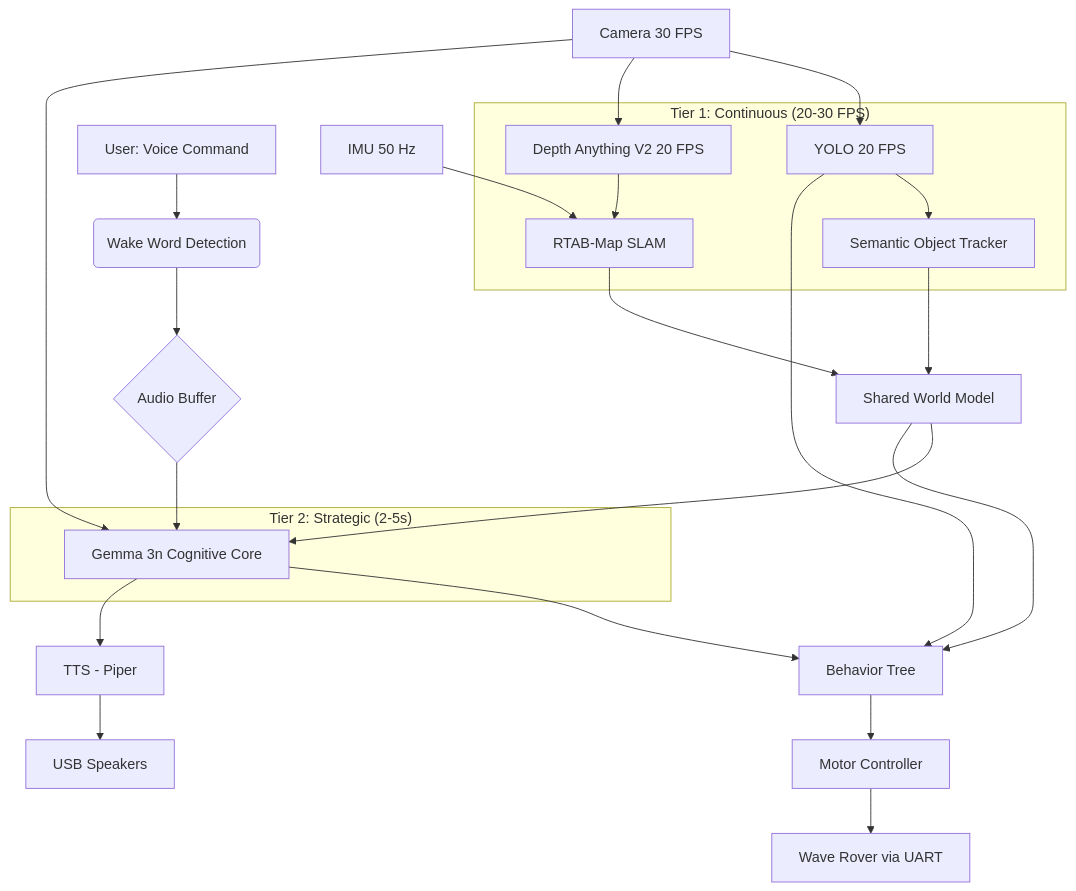
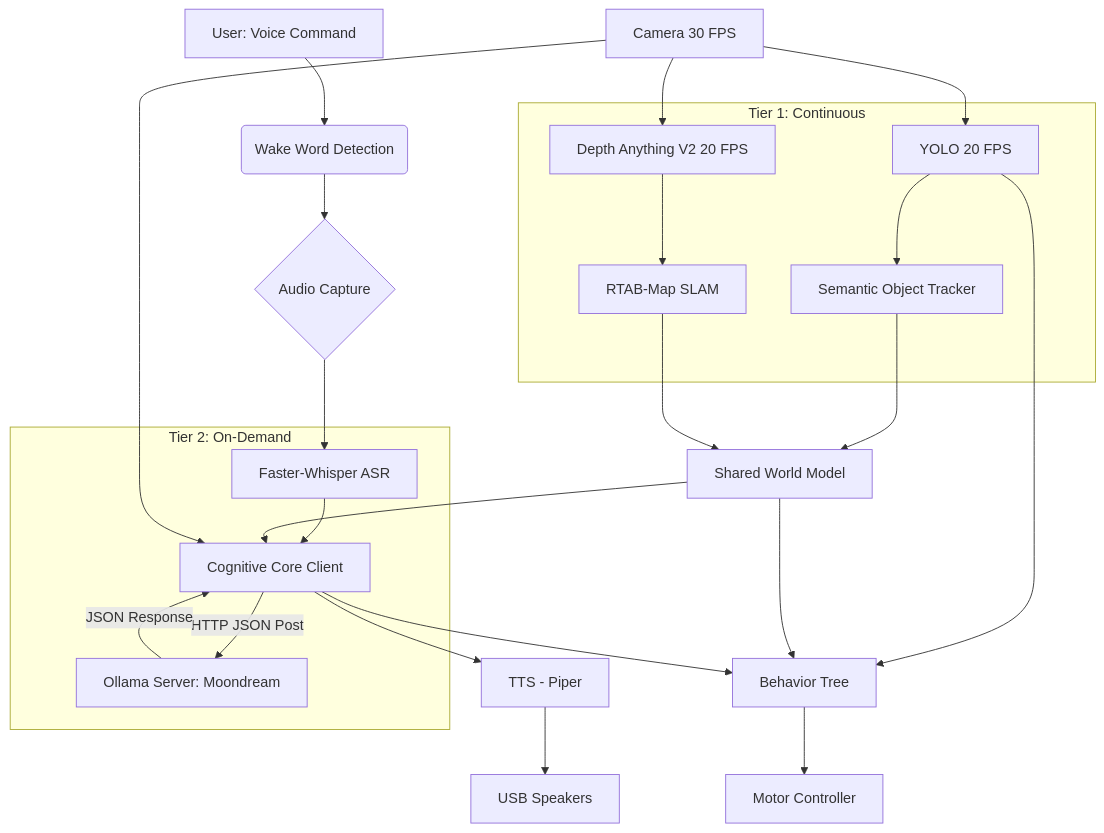
The diagram in docs/architecture.md (ImanolGo/local-ai-robot-assistant), drawn with Mermaid before and after one commit. The commit also changed other lines of this file and 3 other files, not shown here.

````diff
--- a/docs/architecture.md
+++ b/docs/architecture.md
@@ -50,39 +45,43 @@
 ```mermaid
 graph TD
     A[User: Voice Command] --> B(Wake Word Detection)
-    B --> C{Audio Buffer}
-    C --> D[Gemma 3n Cognitive Core]
+    B --> C{Audio Capture}
+    C --> D[Faster-Whisper ASR]
 
     E[Camera 30 FPS] --> F[YOLO 20 FPS]
     E --> G[Depth Anything V2 20 FPS]
     F --> H[Semantic Object Tracker]
     G --> I[RTAB-Map SLAM]
-    J[IMU 50 Hz] --> I
 
     H --> K[Shared World Model]
     I --> K
 
-    K --> D
-    E --> D
+    D --> J[Cognitive Core Client]
+    K --> J
+    E --> J
 
-    D --> L[Behavior Tree]
+    J -- HTTP JSON Post --> O[Ollama Server: Moondream]
+    O -- JSON Response --> J
+
+    J --> L[Behavior Tree]
     F --> L
     K --> L
 
     L --> M[Motor Controller]
-    M --> N[Wave Rover via UART]
 
-    D --> O[TTS - Piper]
-    O --> P[USB Speakers]
+    J --> P[TTS - Piper]
+    P --> Q[USB Speakers]
 
-    subgraph "Tier 1: Continuous (20-30 FPS)"
+    subgraph "Tier 1: Continuous"
         F
         G
         H
         I
     end
 
-    subgraph "Tier 2: Strategic (2-5s)"
+    subgraph "Tier 2: On-Demand"
         D
+        J
+        O
     end
 ```
````
